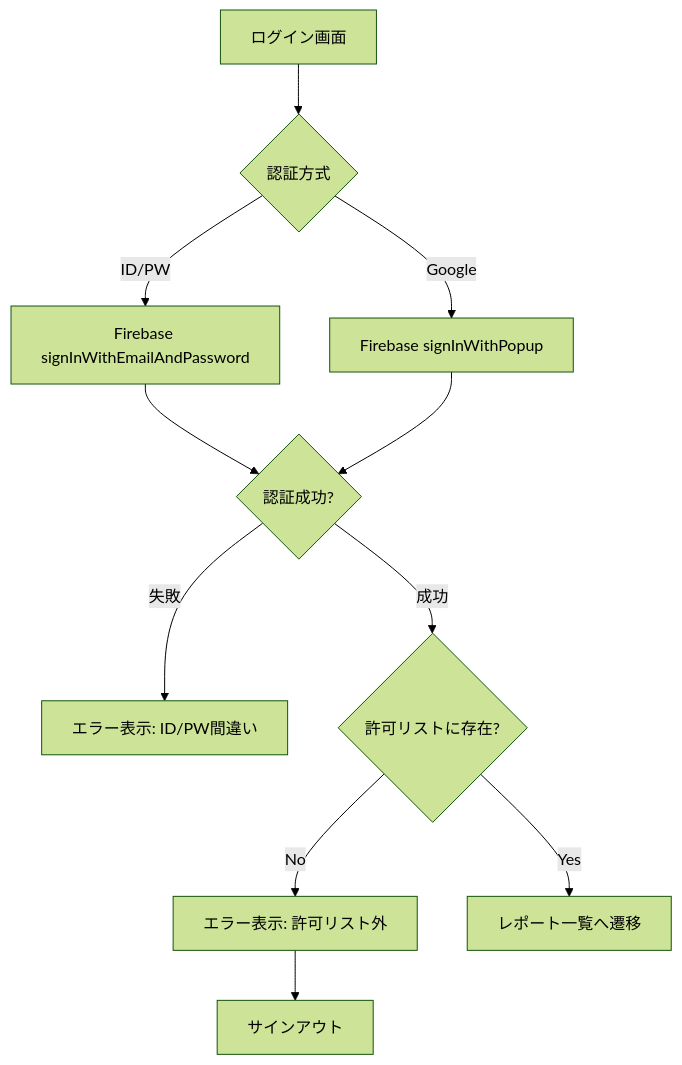
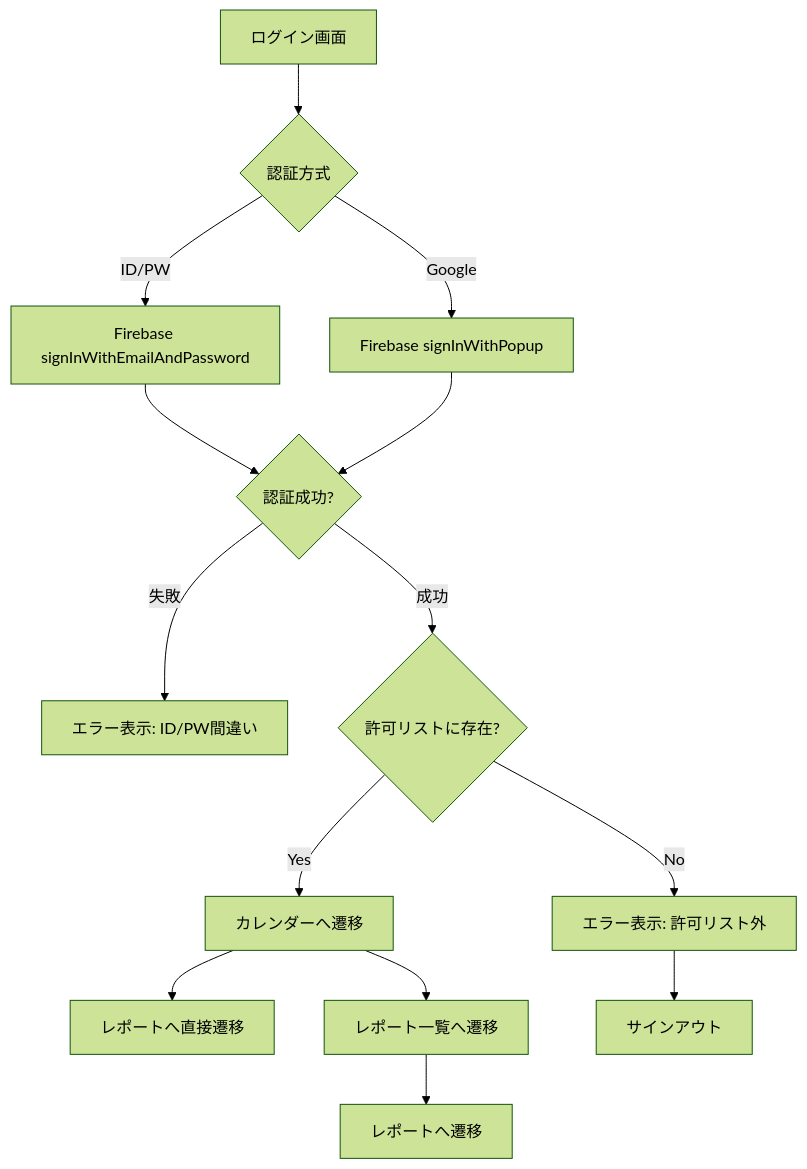
The diagram in docs/03_components/login.md (igrekplus/football-delay-watching), drawn with Mermaid (forest theme) before and after one commit. The commit also changed other lines of this file and 5 other files, not shown here.

````diff
--- a/docs/03_components/login.md
+++ b/docs/03_components/login.md
@@ -53,13 +57,16 @@
 ```mermaid
 flowchart TD
     A[ログイン画面] --> B{認証方式}
     B -->|ID/PW| C[Firebase signInWithEmailAndPassword]
     B -->|Google| D[Firebase signInWithPopup]
     C --> E{認証成功?}
     D --> E
     E -->|失敗| F[エラー表示: ID/PW間違い]
     E -->|成功| G{許可リストに存在?}
     G -->|No| H[エラー表示: 許可リスト外]
-    G -->|Yes| I[レポート一覧へ遷移]
-    H --> J[サインアウト]
+    G -->|Yes| I[カレンダーへ遷移]
+    I --> J[レポートへ直接遷移]
+    I --> K[レポート一覧へ遷移]
+    K --> L[レポートへ遷移]
+    H --> M[サインアウト]
 ```
````
